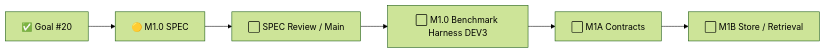
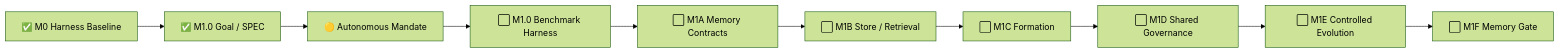
Before and after one commit to lsq1030757028/Pytest-playwright-e2e: the diagram in docs/implementation-status.md, drawn with Mermaid (forest theme). The commit also changed other lines of this file and 13 other files, not shown here.

````diff
--- a/docs/implementation-status.md
+++ b/docs/implementation-status.md
@@ -40,9 +35,13 @@
 ```mermaid
 flowchart LR
-    A[✅ Goal #20]
-    --> B[🟡 M1.0 SPEC]
-    --> C[⬜ SPEC Review / Main]
-    --> D[⬜ M1.0 Benchmark Harness DEV3]
-    --> E[⬜ M1A Contracts]
+    A[✅ M0 Harness Baseline]
+    --> B[✅ M1.0 Goal / SPEC]
+    --> C[🟡 Autonomous Mandate]
+    --> D[⬜ M1.0 Benchmark Harness]
+    --> E[⬜ M1A Memory Contracts]
     --> F[⬜ M1B Store / Retrieval]
+    --> G[⬜ M1C Formation]
+    --> H[⬜ M1D Shared Governance]
+    --> I[⬜ M1E Controlled Evolution]
+    --> J[⬜ M1F Memory Gate]
 ```
````
